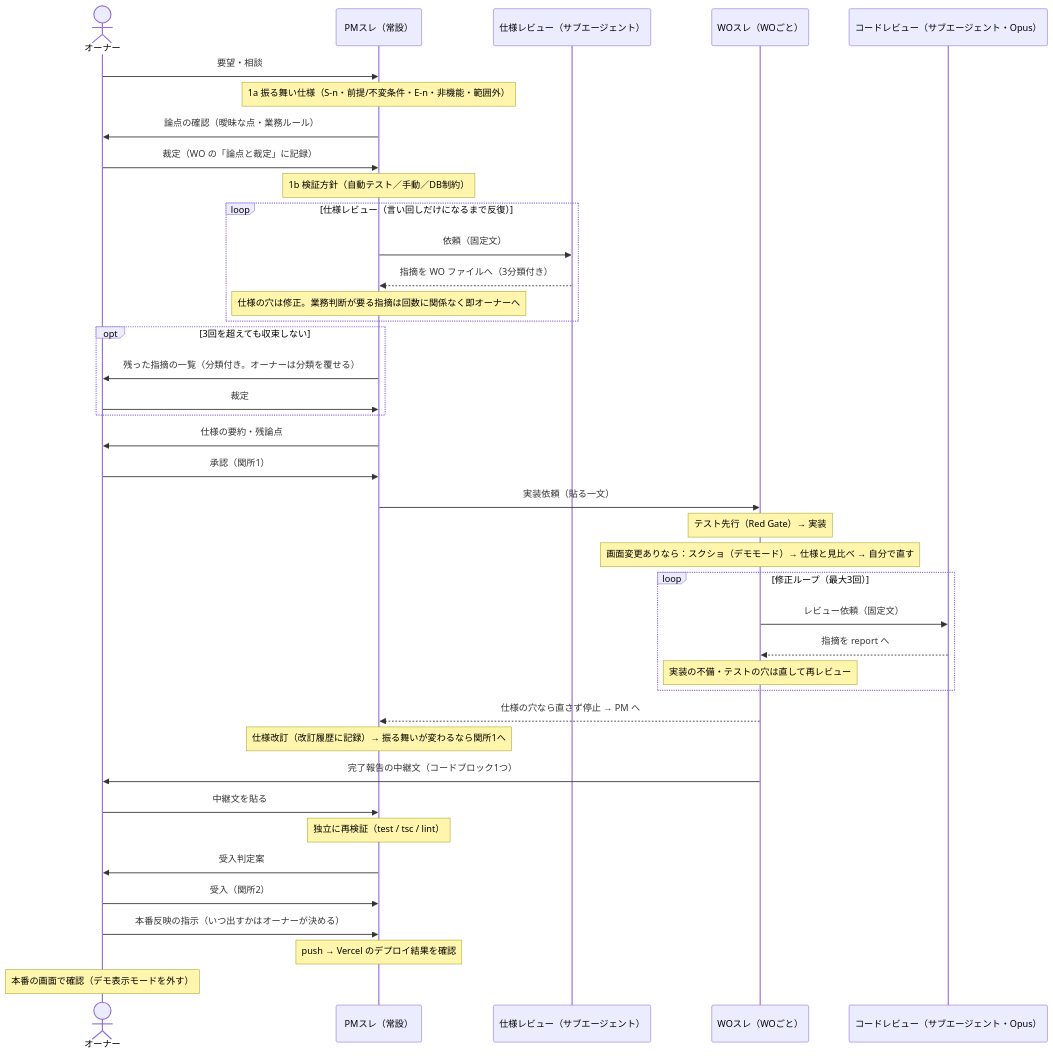
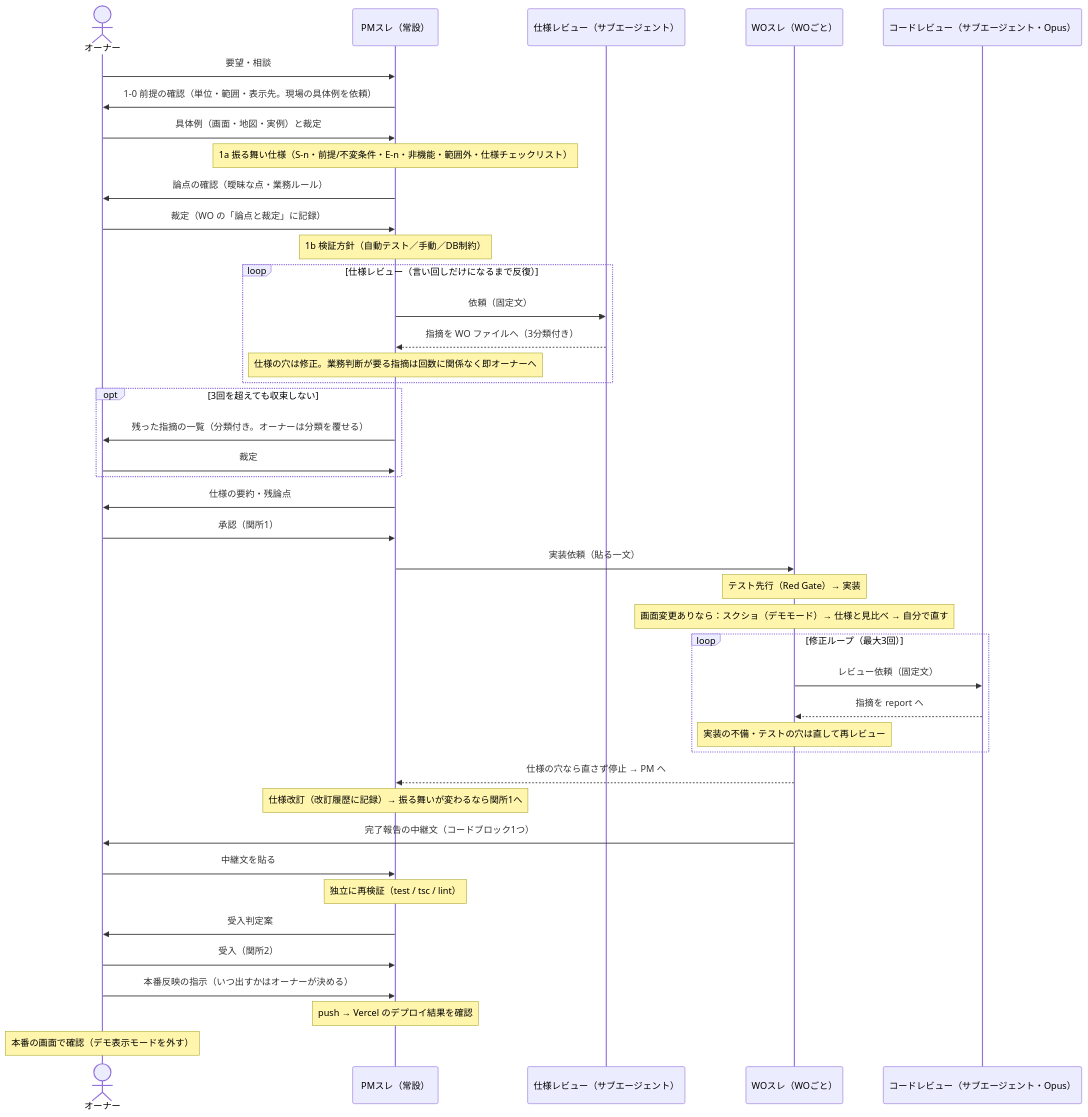
The diagram in work-orders/README.md (mikanoooosub-commits/flyer-tracker), drawn with Mermaid before and after one commit. The commit also changed other lines of this file and 4 other files, not shown here.

First line of the commit message:
文書: WO-003 の振り返りを運用に反映（前提の確認・仕様チェックリスト・テストの作法）

````diff
--- a/work-orders/README.md
+++ b/work-orders/README.md
@@ -27,43 +27,45 @@
 ```mermaid
 sequenceDiagram
     actor O as オーナー
     participant PM as PMスレ（常設）
     participant SR as 仕様レビュー（サブエージェント）
     participant WO as WOスレ（WOごと）
     participant CR as コードレビュー（サブエージェント・Opus）
 
     O->>PM: 要望・相談
-    Note over PM: 1a 振る舞い仕様（S-n・前提/不変条件・E-n・非機能・範囲外）
+    PM->>O: 1-0 前提の確認（単位・範囲・表示先。現場の具体例を依頼）
+    O->>PM: 具体例（画面・地図・実例）と裁定
+    Note over PM: 1a 振る舞い仕様（S-n・前提/不変条件・E-n・非機能・範囲外・仕様チェックリスト）
     PM->>O: 論点の確認（曖昧な点・業務ルール）
     O->>PM: 裁定（WO の「論点と裁定」に記録）
     Note over PM: 1b 検証方針（自動テスト／手動／DB制約）
     loop 仕様レビュー（言い回しだけになるまで反復）
         PM->>SR: 依頼（固定文）
         SR-->>PM: 指摘を WO ファイルへ（3分類付き）
         Note over PM: 仕様の穴は修正。業務判断が要る指摘は回数に関係なく即オーナーへ
     end
     opt 3回を超えても収束しない
         PM->>O: 残った指摘の一覧（分類付き。オーナーは分類を覆せる）
         O->>PM: 裁定
     end
     PM->>O: 仕様の要約・残論点
     O->>PM: 承認（関所1）
     PM->>WO: 実装依頼（貼る一文）
     Note over WO: テスト先行（Red Gate）→ 実装
     Note over WO: 画面変更ありなら：スクショ（デモモード）→ 仕様と見比べ → 自分で直す
     loop 修正ループ（最大3回）
         WO->>CR: レビュー依頼（固定文）
         CR-->>WO: 指摘を report へ
         Note over WO: 実装の不備・テストの穴は直して再レビュー
     end
     WO-->>PM: 仕様の穴なら直さず停止 → PM へ
     Note over PM: 仕様改訂（改訂履歴に記録）→ 振る舞いが変わるなら関所1へ
     WO->>O: 完了報告の中継文（コードブロック1つ）
     O->>PM: 中継文を貼る
     Note over PM: 独立に再検証（test / tsc / lint）
     PM->>O: 受入判定案
     O->>PM: 受入（関所2）
     O->>PM: 本番反映の指示（いつ出すかはオーナーが決める）
     Note over PM: push → Vercel のデプロイ結果を確認
     Note over O: 本番の画面で確認（デモ表示モードを外す）
 ```
````
